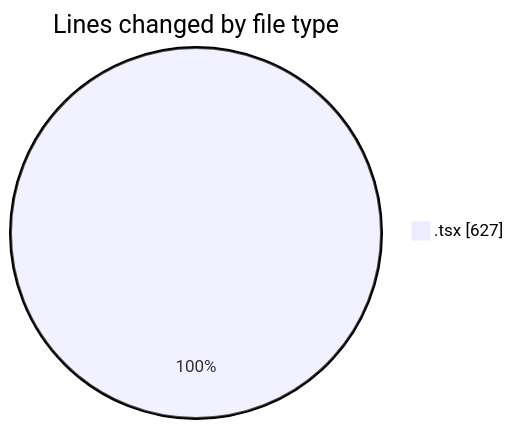
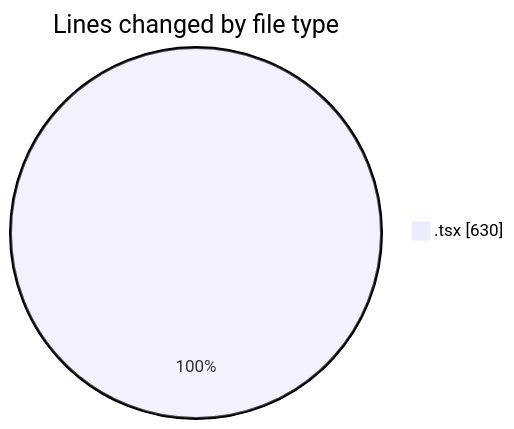
The first of 2 diagrams in 2025-11-11/cda/README.md (momahboobian/code-tracking), drawn with Mermaid before and after one commit. The commit also changed other lines of this file and 1 other file, not shown here.

````diff
--- a/2025-11-11/cda/README.md
+++ b/2025-11-11/cda/README.md
@@ -22,5 +22,5 @@
 ```mermaid
 pie showData
 title Lines changed by file type
-".tsx" : 627
+".tsx" : 630
 ```
````
